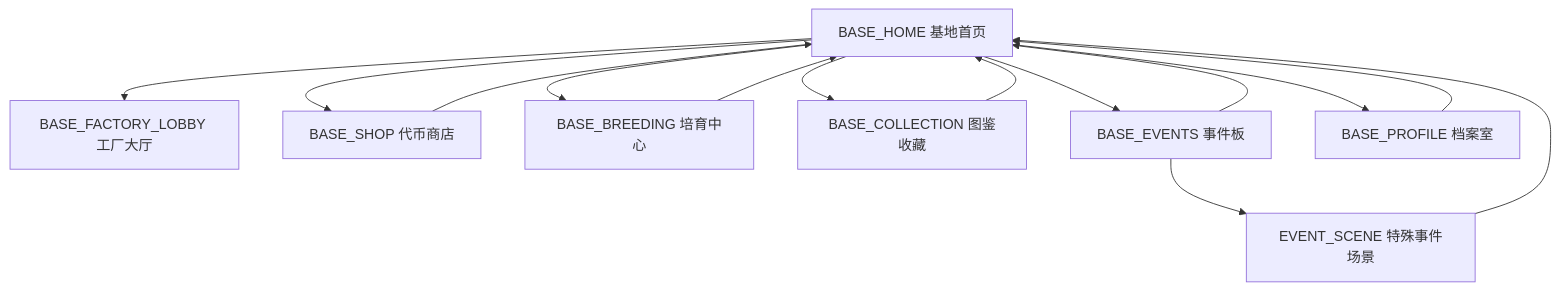
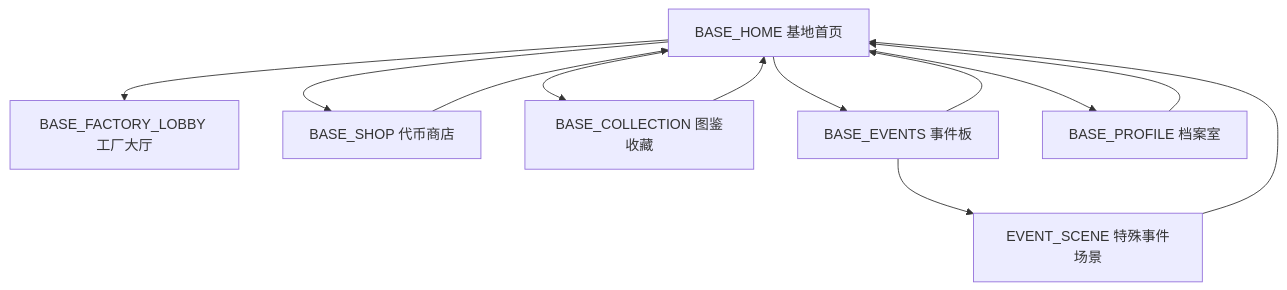
Before and after one commit to tcJackClay/pokeFactory2: the second of 2 diagrams in 宝可梦对战工厂_项目设计框架_v1.md, drawn with Mermaid. The commit also changed other lines of this file and 7 other files, not shown here.

````diff
--- a/宝可梦对战工厂_项目设计框架_v1.md
+++ b/宝可梦对战工厂_项目设计框架_v1.md
@@ -738,18 +698,16 @@
 ```mermaid
 flowchart TD
     A["BASE_HOME 基地首页"] --> B["BASE_FACTORY_LOBBY 工厂大厅"]
     A --> C["BASE_SHOP 代币商店"]
-    A --> D["BASE_BREEDING 培育中心"]
     A --> E["BASE_COLLECTION 图鉴收藏"]
     A --> F["BASE_EVENTS 事件板"]
     A --> G["BASE_PROFILE 档案室"]
 
     C --> A
-    D --> A
     E --> A
     F --> A
     G --> A
 
     F --> H["EVENT_SCENE 特殊事件场景"]
     H --> A
 ```
````
